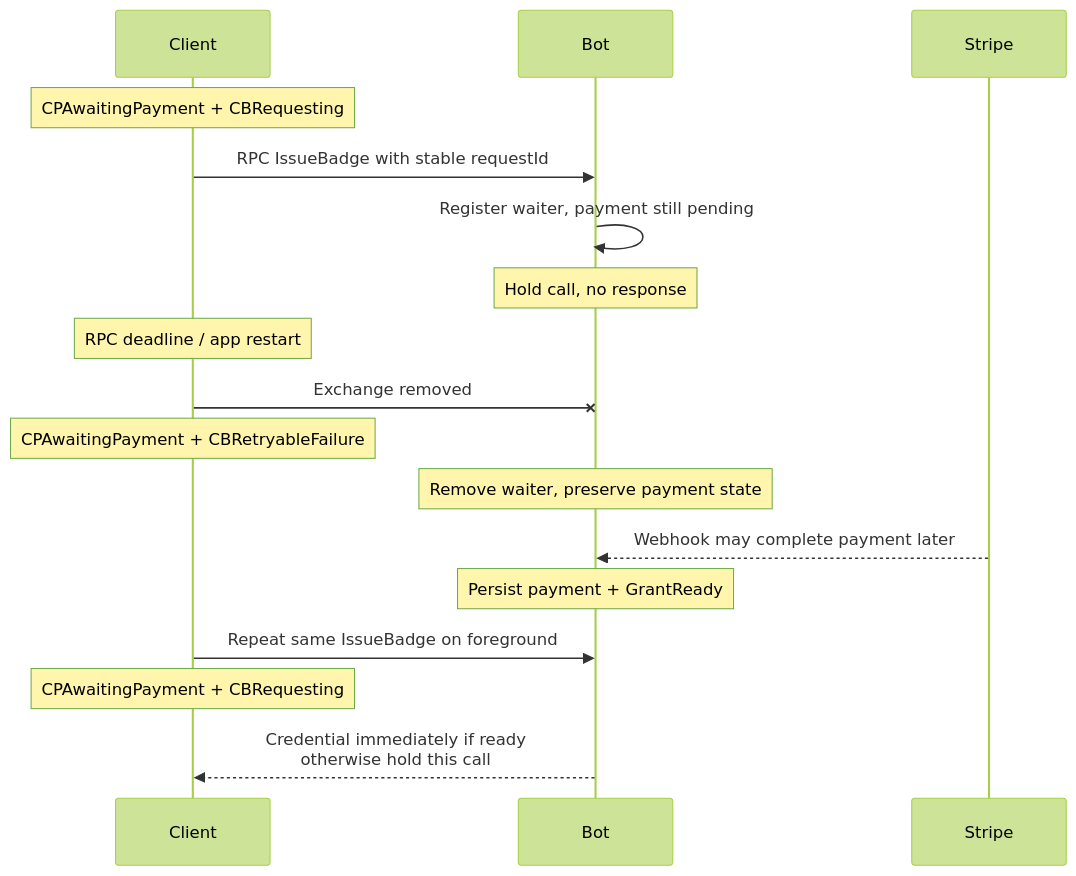
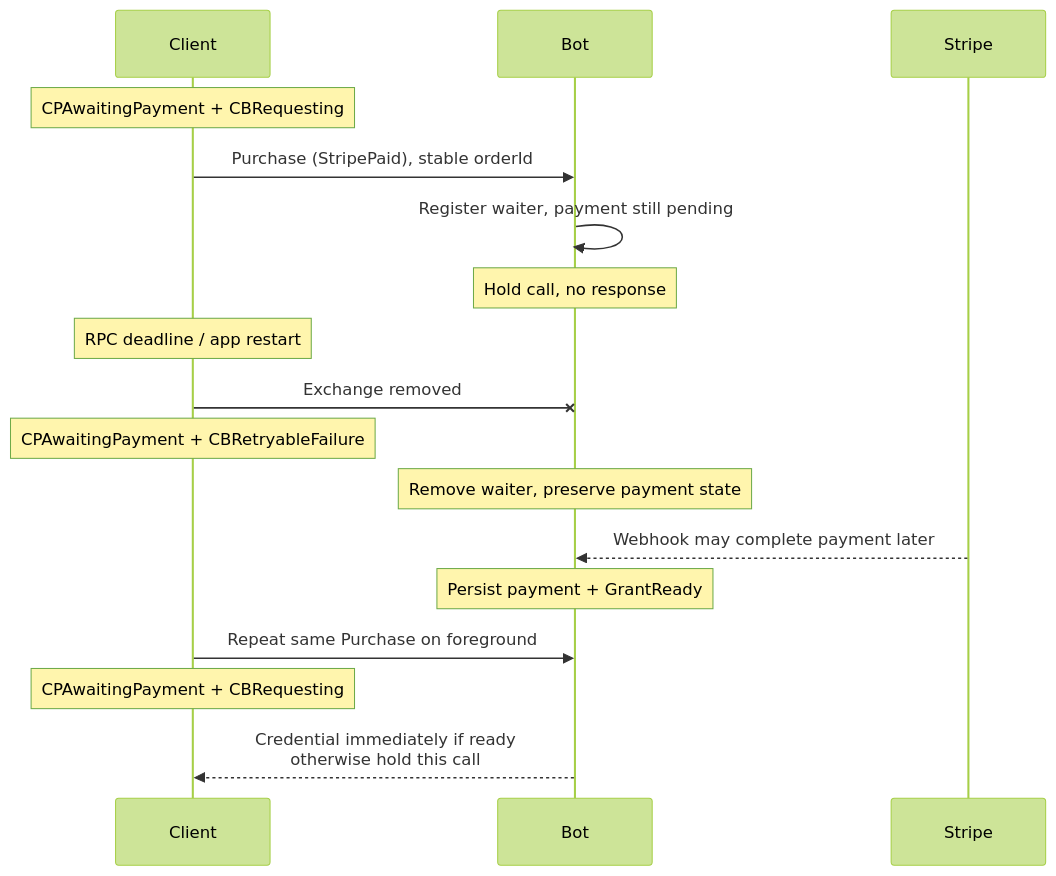
One commit to simplex-chat/simplex-chat changed the tenth of 11 diagrams in plans/2026-07-20-supporter-badges-v2-implementation.md. Above: the diagram before and after it, drawn with Mermaid (forest theme). The commit also changed other lines of this file and 3 other files, not shown here.

Commit message:
docs: rework badge plans to order-centric protocol

````diff
--- a/plans/2026-07-20-supporter-badges-v2-implementation.md
+++ b/plans/2026-07-20-supporter-badges-v2-implementation.md
@@ -597,19 +633,19 @@
 ```mermaid
 sequenceDiagram
   participant C as Client
   participant B as Bot
   participant S as Stripe
   Note over C: CPAwaitingPayment + CBRequesting
-  C->>B: RPC IssueBadge with stable requestId
+  C->>B: Purchase (StripePaid), stable orderId
   B->>B: Register waiter, payment still pending
   Note over B: Hold call, no response
   Note over C: RPC deadline / app restart
   C-xB: Exchange removed
   Note over C: CPAwaitingPayment + CBRetryableFailure
   Note over B: Remove waiter, preserve payment state
   S-->>B: Webhook may complete payment later
   Note over B: Persist payment + GrantReady
-  C->>B: Repeat same IssueBadge on foreground
+  C->>B: Repeat same Purchase on foreground
   Note over C: CPAwaitingPayment + CBRequesting
   B-->>C: Credential immediately if ready<br/>otherwise hold this call
 ```
````
